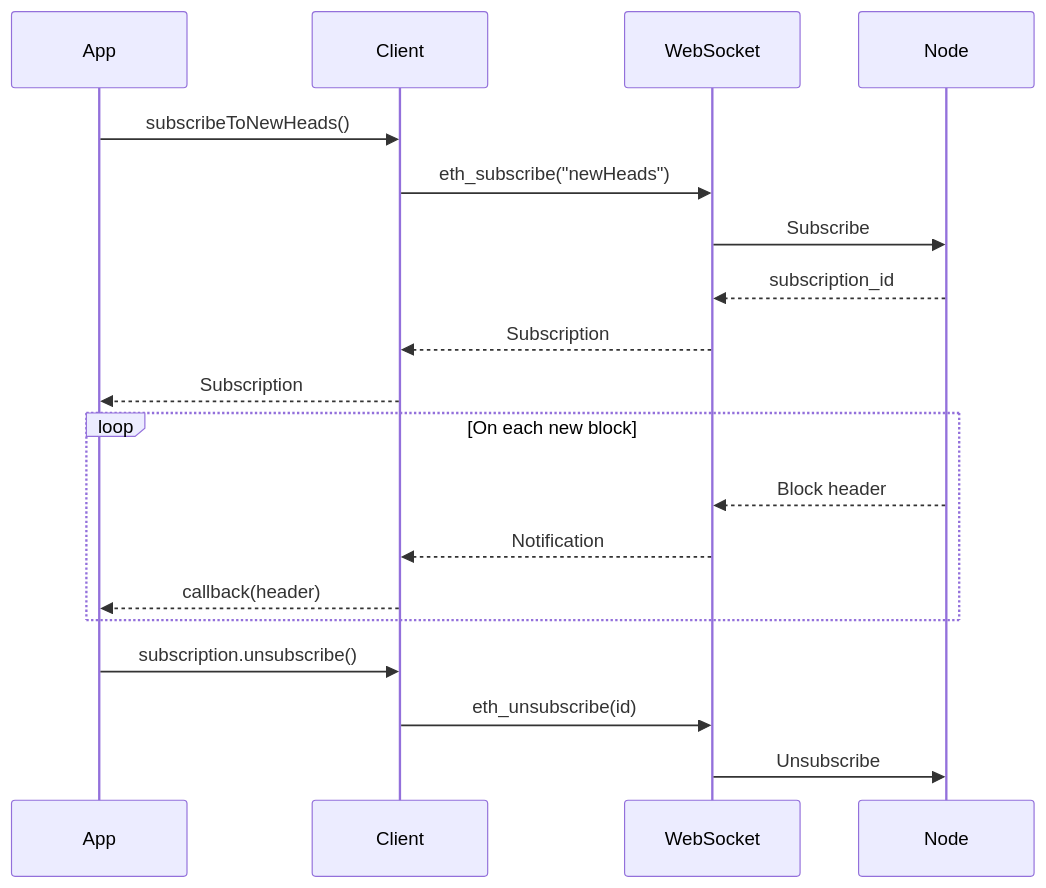
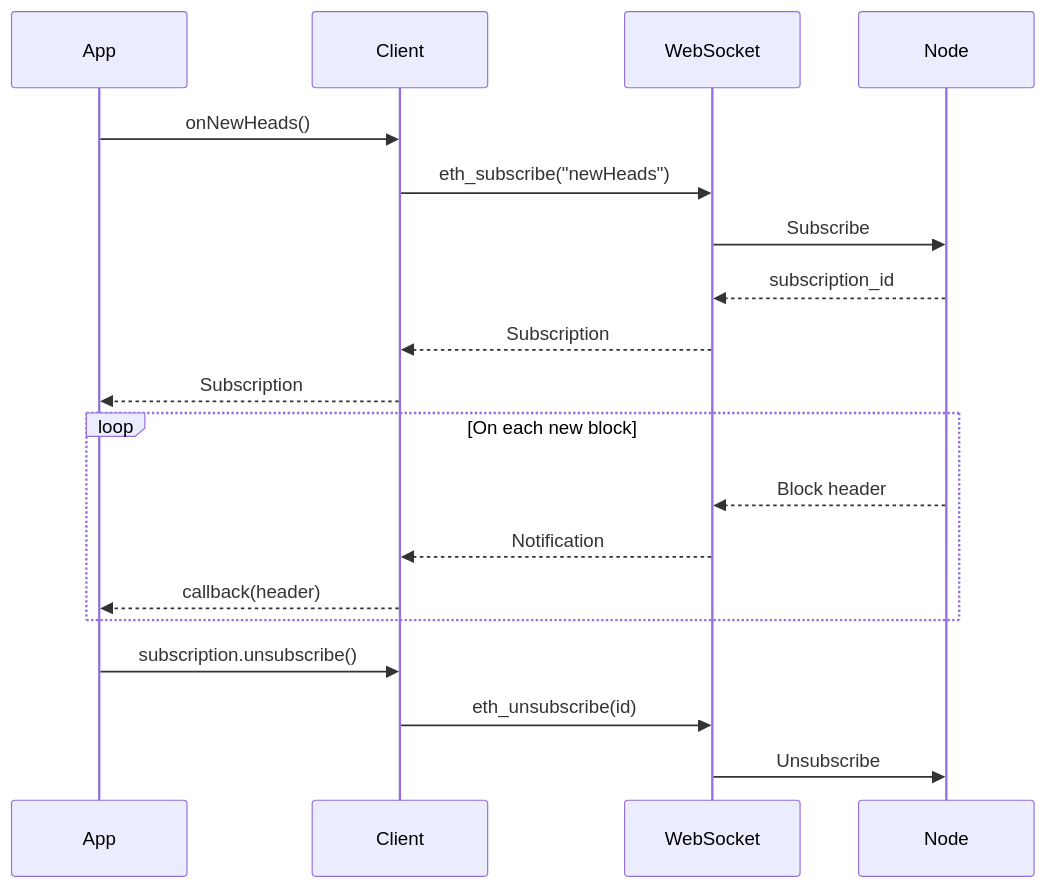
One commit to noise-xyz/brane changed the diagram in docs/public-client/subscriptions.mdx. Above: the diagram before and after it, drawn with Mermaid. The commit also changed other lines of this file, not shown here.

First line of the commit message:
docs(rpc): update subscription examples to use Brane.onNewHeads() and Brane.onLogs() [P2-06]

````diff
--- a/docs/public-client/subscriptions.mdx
+++ b/docs/public-client/subscriptions.mdx
@@ -152,24 +153,24 @@
 ```mermaid
 sequenceDiagram
     participant App
     participant Client
     participant WebSocket
     participant Node
     
-    App->>Client: subscribeToNewHeads()
+    App->>Client: onNewHeads()
     Client->>WebSocket: eth_subscribe("newHeads")
     WebSocket->>Node: Subscribe
     Node-->>WebSocket: subscription_id
     WebSocket-->>Client: Subscription
     Client-->>App: Subscription
     
     loop On each new block
         Node-->>WebSocket: Block header
         WebSocket-->>Client: Notification
         Client-->>App: callback(header)
     end
     
     App->>Client: subscription.unsubscribe()
     Client->>WebSocket: eth_unsubscribe(id)
     WebSocket->>Node: Unsubscribe
 ```
````
